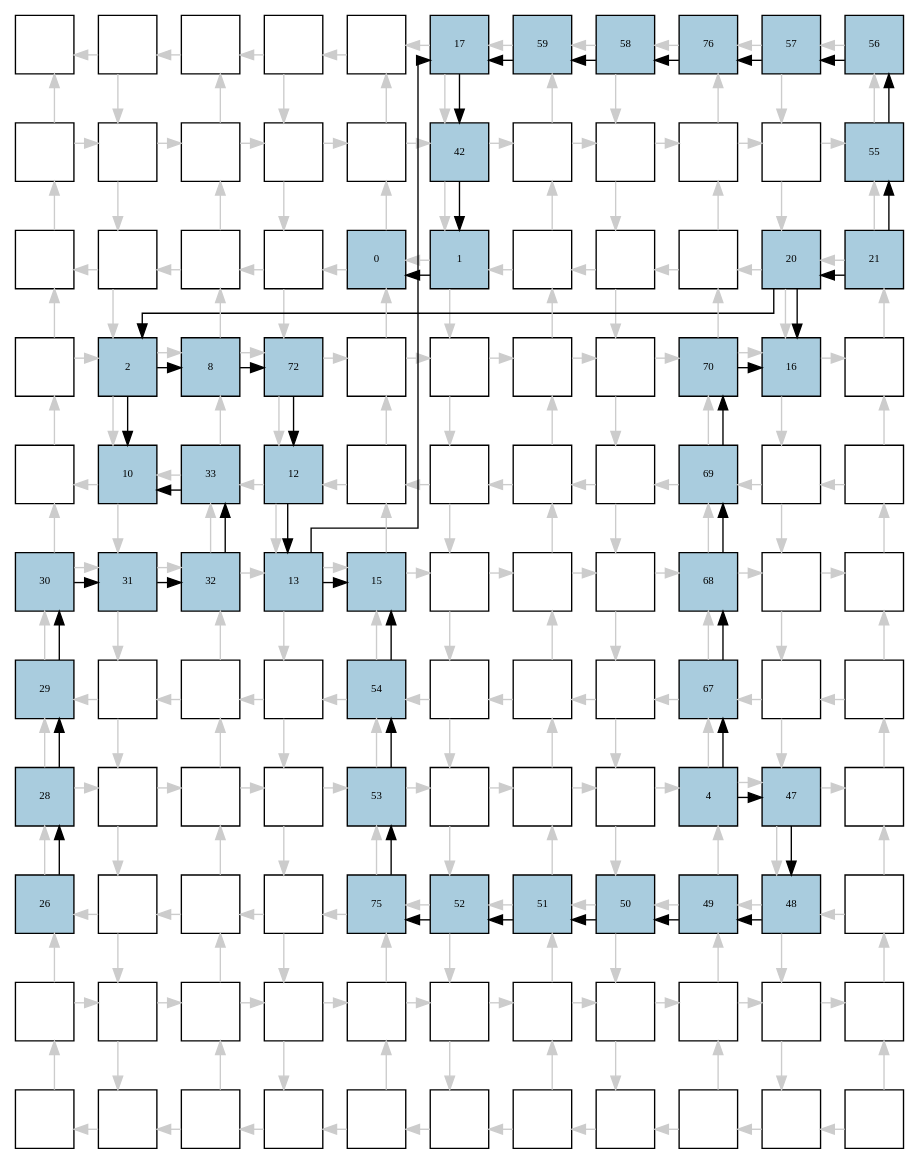
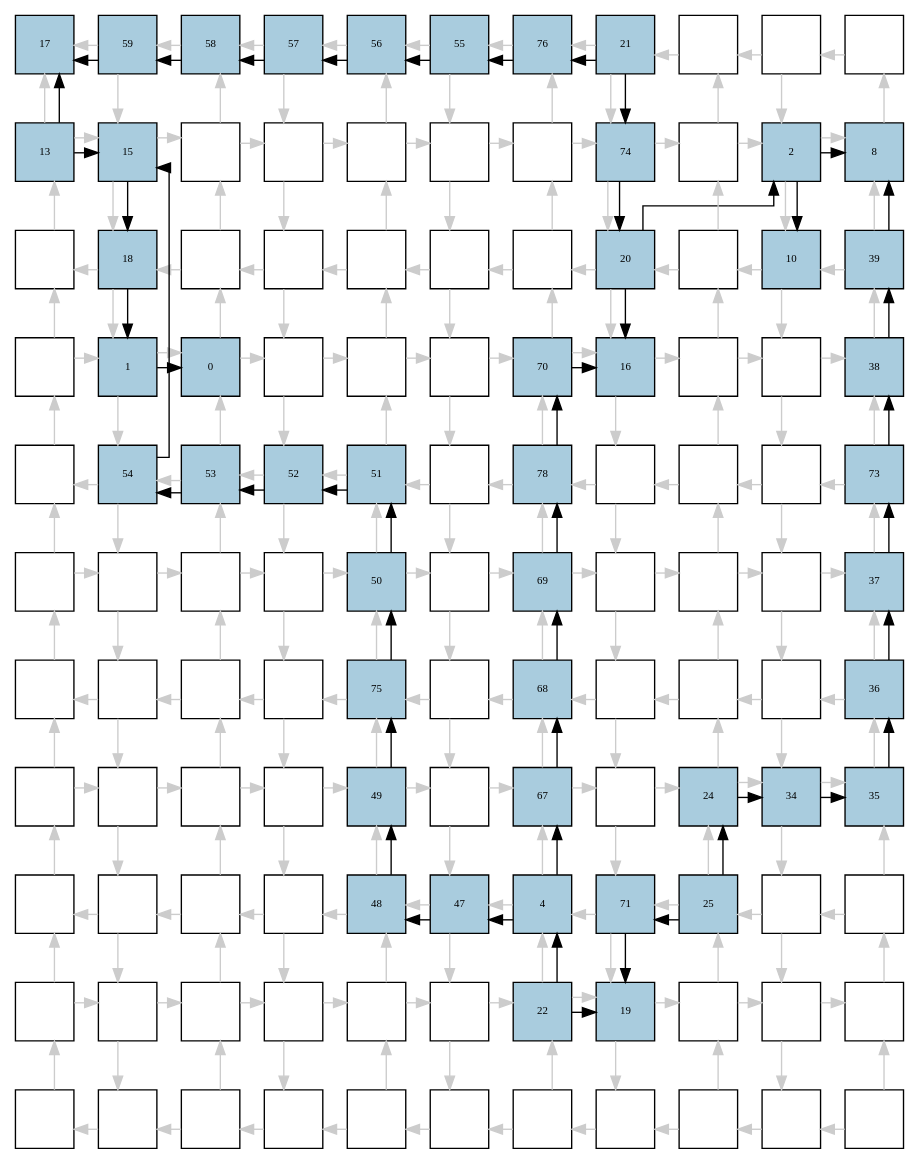
One commit to jeronimopenha/PeR changed the diagram in reports/qca/yott/dot/1bitAdderMaj_inverted_1.dot. Above: the diagram before and after it, drawn with Graphviz. The commit also changed 558 other files, not shown here.

```diff
--- a/reports/qca/yott/dot/1bitAdderMaj_inverted_1.dot
+++ b/reports/qca/yott/dot/1bitAdderMaj_inverted_1.dot
@@ -4,104 +4,104 @@
 splines=ortho; 
 
 node [style=filled shape=square fixedsize=true width=0.6];
-0[label="", fontsize=8, fillcolor="#ffffff"];
-1[label="", fontsize=8, fillcolor="#ffffff"];
-2[label="", fontsize=8, fillcolor="#ffffff"];
-3[label="", fontsize=8, fillcolor="#ffffff"];
-4[label="", fontsize=8, fillcolor="#ffffff"];
-5[label="17", fontsize=8, fillcolor="#a9ccde"];
-6[label="59", fontsize=8, fillcolor="#a9ccde"];
-7[label="58", fontsize=8, fillcolor="#a9ccde"];
-8[label="76", fontsize=8, fillcolor="#a9ccde"];
-9[label="57", fontsize=8, fillcolor="#a9ccde"];
-10[label="56", fontsize=8, fillcolor="#a9ccde"];
-11[label="", fontsize=8, fillcolor="#ffffff"];
-12[label="", fontsize=8, fillcolor="#ffffff"];
+0[label="17", fontsize=8, fillcolor="#a9ccde"];
+1[label="59", fontsize=8, fillcolor="#a9ccde"];
+2[label="58", fontsize=8, fillcolor="#a9ccde"];
+3[label="57", fontsize=8, fillcolor="#a9ccde"];
+4[label="56", fontsize=8, fillcolor="#a9ccde"];
+5[label="55", fontsize=8, fillcolor="#a9ccde"];
+6[label="76", fontsize=8, fillcolor="#a9ccde"];
+7[label="21", fontsize=8, fillcolor="#a9ccde"];
+8[label="", fontsize=8, fillcolor="#ffffff"];
+9[label="", fontsize=8, fillcolor="#ffffff"];
+10[label="", fontsize=8, fillcolor="#ffffff"];
+11[label="13", fontsize=8, fillcolor="#a9ccde"];
+12[label="15", fontsize=8, fillcolor="#a9ccde"];
 13[label="", fontsize=8, fillcolor="#ffffff"];
 14[label="", fontsize=8, fillcolor="#ffffff"];
 15[label="", fontsize=8, fillcolor="#ffffff"];
-16[label="42", fontsize=8, fillcolor="#a9ccde"];
+16[label="", fontsize=8, fillcolor="#ffffff"];
 17[label="", fontsize=8, fillcolor="#ffffff"];
-18[label="", fontsize=8, fillcolor="#ffffff"];
+18[label="74", fontsize=8, fillcolor="#a9ccde"];
 19[label="", fontsize=8, fillcolor="#ffffff"];
-20[label="", fontsize=8, fillcolor="#ffffff"];
-21[label="55", fontsize=8, fillcolor="#a9ccde"];
+20[label="2", fontsize=8, fillcolor="#a9ccde"];
+21[label="8", fontsize=8, fillcolor="#a9ccde"];
 22[label="", fontsize=8, fillcolor="#ffffff"];
-23[label="", fontsize=8, fillcolor="#ffffff"];
+23[label="18", fontsize=8, fillcolor="#a9ccde"];
 24[label="", fontsize=8, fillcolor="#ffffff"];
 25[label="", fontsize=8, fillcolor="#ffffff"];
-26[label="0", fontsize=8, fillcolor="#a9ccde"];
-27[label="1", fontsize=8, fillcolor="#a9ccde"];
+26[label="", fontsize=8, fillcolor="#ffffff"];
+27[label="", fontsize=8, fillcolor="#ffffff"];
 28[label="", fontsize=8, fillcolor="#ffffff"];
-29[label="", fontsize=8, fillcolor="#ffffff"];
+29[label="20", fontsize=8, fillcolor="#a9ccde"];
 30[label="", fontsize=8, fillcolor="#ffffff"];
-31[label="20", fontsize=8, fillcolor="#a9ccde"];
-32[label="21", fontsize=8, fillcolor="#a9ccde"];
+31[label="10", fontsize=8, fillcolor="#a9ccde"];
+32[label="39", fontsize=8, fillcolor="#a9ccde"];
 33[label="", fontsize=8, fillcolor="#ffffff"];
-34[label="2", fontsize=8, fillcolor="#a9ccde"];
-35[label="8", fontsize=8, fillcolor="#a9ccde"];
-36[label="72", fontsize=8, fillcolor="#a9ccde"];
+34[label="1", fontsize=8, fillcolor="#a9ccde"];
+35[label="0", fontsize=8, fillcolor="#a9ccde"];
+36[label="", fontsize=8, fillcolor="#ffffff"];
 37[label="", fontsize=8, fillcolor="#ffffff"];
 38[label="", fontsize=8, fillcolor="#ffffff"];
-39[label="", fontsize=8, fillcolor="#ffffff"];
-40[label="", fontsize=8, fillcolor="#ffffff"];
-41[label="70", fontsize=8, fillcolor="#a9ccde"];
-42[label="16", fontsize=8, fillcolor="#a9ccde"];
-43[label="", fontsize=8, fillcolor="#ffffff"];
+39[label="70", fontsize=8, fillcolor="#a9ccde"];
+40[label="16", fontsize=8, fillcolor="#a9ccde"];
+41[label="", fontsize=8, fillcolor="#ffffff"];
+42[label="", fontsize=8, fillcolor="#ffffff"];
+43[label="38", fontsize=8, fillcolor="#a9ccde"];
 44[label="", fontsize=8, fillcolor="#ffffff"];
-45[label="10", fontsize=8, fillcolor="#a9ccde"];
-46[label="33", fontsize=8, fillcolor="#a9ccde"];
-47[label="12", fontsize=8, fillcolor="#a9ccde"];
-48[label="", fontsize=8, fillcolor="#ffffff"];
+45[label="54", fontsize=8, fillcolor="#a9ccde"];
+46[label="53", fontsize=8, fillcolor="#a9ccde"];
+47[label="52", fontsize=8, fillcolor="#a9ccde"];
+48[label="51", fontsize=8, fillcolor="#a9ccde"];
 49[label="", fontsize=8, fillcolor="#ffffff"];
-50[label="", fontsize=8, fillcolor="#ffffff"];
+50[label="78", fontsize=8, fillcolor="#a9ccde"];
 51[label="", fontsize=8, fillcolor="#ffffff"];
-52[label="69", fontsize=8, fillcolor="#a9ccde"];
+52[label="", fontsize=8, fillcolor="#ffffff"];
 53[label="", fontsize=8, fillcolor="#ffffff"];
-54[label="", fontsize=8, fillcolor="#ffffff"];
-55[label="30", fontsize=8, fillcolor="#a9ccde"];
-56[label="31", fontsize=8, fillcolor="#a9ccde"];
-57[label="32", fontsize=8, fillcolor="#a9ccde"];
-58[label="13", fontsize=8, fillcolor="#a9ccde"];
-59[label="15", fontsize=8, fillcolor="#a9ccde"];
+54[label="73", fontsize=8, fillcolor="#a9ccde"];
+55[label="", fontsize=8, fillcolor="#ffffff"];
+56[label="", fontsize=8, fillcolor="#ffffff"];
+57[label="", fontsize=8, fillcolor="#ffffff"];
+58[label="", fontsize=8, fillcolor="#ffffff"];
+59[label="50", fontsize=8, fillcolor="#a9ccde"];
 60[label="", fontsize=8, fillcolor="#ffffff"];
-61[label="", fontsize=8, fillcolor="#ffffff"];
+61[label="69", fontsize=8, fillcolor="#a9ccde"];
 62[label="", fontsize=8, fillcolor="#ffffff"];
-63[label="68", fontsize=8, fillcolor="#a9ccde"];
+63[label="", fontsize=8, fillcolor="#ffffff"];
 64[label="", fontsize=8, fillcolor="#ffffff"];
-65[label="", fontsize=8, fillcolor="#ffffff"];
-66[label="29", fontsize=8, fillcolor="#a9ccde"];
+65[label="37", fontsize=8, fillcolor="#a9ccde"];
+66[label="", fontsize=8, fillcolor="#ffffff"];
 67[label="", fontsize=8, fillcolor="#ffffff"];
 68[label="", fontsize=8, fillcolor="#ffffff"];
 69[label="", fontsize=8, fillcolor="#ffffff"];
-70[label="54", fontsize=8, fillcolor="#a9ccde"];
+70[label="75", fontsize=8, fillcolor="#a9ccde"];
 71[label="", fontsize=8, fillcolor="#ffffff"];
-72[label="", fontsize=8, fillcolor="#ffffff"];
+72[label="68", fontsize=8, fillcolor="#a9ccde"];
 73[label="", fontsize=8, fillcolor="#ffffff"];
-74[label="67", fontsize=8, fillcolor="#a9ccde"];
+74[label="", fontsize=8, fillcolor="#ffffff"];
 75[label="", fontsize=8, fillcolor="#ffffff"];
-76[label="", fontsize=8, fillcolor="#ffffff"];
-77[label="28", fontsize=8, fillcolor="#a9ccde"];
+76[label="36", fontsize=8, fillcolor="#a9ccde"];
+77[label="", fontsize=8, fillcolor="#ffffff"];
 78[label="", fontsize=8, fillcolor="#ffffff"];
 79[label="", fontsize=8, fillcolor="#ffffff"];
 80[label="", fontsize=8, fillcolor="#ffffff"];
-81[label="53", fontsize=8, fillcolor="#a9ccde"];
+81[label="49", fontsize=8, fillcolor="#a9ccde"];
 82[label="", fontsize=8, fillcolor="#ffffff"];
-83[label="", fontsize=8, fillcolor="#ffffff"];
+83[label="67", fontsize=8, fillcolor="#a9ccde"];
 84[label="", fontsize=8, fillcolor="#ffffff"];
-85[label="4", fontsize=8, fillcolor="#a9ccde"];
-86[label="47", fontsize=8, fillcolor="#a9ccde"];
-87[label="", fontsize=8, fillcolor="#ffffff"];
-88[label="26", fontsize=8, fillcolor="#a9ccde"];
+85[label="24", fontsize=8, fillcolor="#a9ccde"];
+86[label="34", fontsize=8, fillcolor="#a9ccde"];
+87[label="35", fontsize=8, fillcolor="#a9ccde"];
+88[label="", fontsize=8, fillcolor="#ffffff"];
 89[label="", fontsize=8, fillcolor="#ffffff"];
 90[label="", fontsize=8, fillcolor="#ffffff"];
 91[label="", fontsize=8, fillcolor="#ffffff"];
-92[label="75", fontsize=8, fillcolor="#a9ccde"];
-93[label="52", fontsize=8, fillcolor="#a9ccde"];
-94[label="51", fontsize=8, fillcolor="#a9ccde"];
-95[label="50", fontsize=8, fillcolor="#a9ccde"];
-96[label="49", fontsize=8, fillcolor="#a9ccde"];
-97[label="48", fontsize=8, fillcolor="#a9ccde"];
+92[label="48", fontsize=8, fillcolor="#a9ccde"];
+93[label="47", fontsize=8, fillcolor="#a9ccde"];
+94[label="4", fontsize=8, fillcolor="#a9ccde"];
+95[label="71", fontsize=8, fillcolor="#a9ccde"];
+96[label="25", fontsize=8, fillcolor="#a9ccde"];
+97[label="", fontsize=8, fillcolor="#ffffff"];
 98[label="", fontsize=8, fillcolor="#ffffff"];
 99[label="", fontsize=8, fillcolor="#ffffff"];
 100[label="", fontsize=8, fillcolor="#ffffff"];
@@ -109,8 +109,8 @@
 102[label="", fontsize=8, fillcolor="#ffffff"];
 103[label="", fontsize=8, fillcolor="#ffffff"];
 104[label="", fontsize=8, fillcolor="#ffffff"];
-105[label="", fontsize=8, fillcolor="#ffffff"];
-106[label="", fontsize=8, fillcolor="#ffffff"];
+105[label="22", fontsize=8, fillcolor="#a9ccde"];
+106[label="19", fontsize=8, fillcolor="#a9ccde"];
 107[label="", fontsize=8, fillcolor="#ffffff"];
 108[label="", fontsize=8, fillcolor="#ffffff"];
 109[label="", fontsize=8, fillcolor="#ffffff"];
@@ -346,48 +346,53 @@
 119 -> 118 [color="#cccccc"];
 120 -> 109 [color="#cccccc"];
 120 -> 119 [color="#cccccc"];
-35 -> 36;
-36 -> 47;
-34 -> 45;
-88 -> 77;
-77 -> 66;
-66 -> 55;
-55 -> 56;
-56 -> 57;
-57 -> 46;
-46 -> 45;
-34 -> 35;
-32 -> 31;
-5 -> 16;
-16 -> 27;
-58 -> 59;
+96 -> 85;
+20 -> 31;
+20 -> 21;
 85 -> 86;
-86 -> 97;
-97 -> 96;
-96 -> 95;
-95 -> 94;
+86 -> 87;
+87 -> 76;
+76 -> 65;
+65 -> 54;
+54 -> 43;
+43 -> 32;
+32 -> 21;
+7 -> 18;
+18 -> 29;
+23 -> 34;
+12 -> 23;
+11 -> 12;
 94 -> 93;
 93 -> 92;
 92 -> 81;
 81 -> 70;
 70 -> 59;
-31 -> 34;
-58 -> 5;
-32 -> 21;
-21 -> 10;
-10 -> 9;
-9 -> 8;
-8 -> 7;
+59 -> 48;
+48 -> 47;
+47 -> 46;
+46 -> 45;
+45 -> 12;
+29 -> 20;
+11 -> 0;
 7 -> 6;
 6 -> 5;
-27 -> 26;
-47 -> 58;
-31 -> 42;
-85 -> 74;
-74 -> 63;
-63 -> 52;
-52 -> 41;
-41 -> 42;
+5 -> 4;
+4 -> 3;
+3 -> 2;
+2 -> 1;
+1 -> 0;
+105 -> 94;
+34 -> 35;
+29 -> 40;
+94 -> 83;
+83 -> 72;
+72 -> 61;
+61 -> 50;
+50 -> 39;
+39 -> 40;
+105 -> 106;
+96 -> 95;
+95 -> 106;
 edge [constraint=true, style=invis];
 0 -> 11 -> 22 -> 33 -> 44 -> 55 -> 66 -> 77 -> 88 -> 99 -> 110;
 1 -> 12 -> 23 -> 34 -> 45 -> 56 -> 67 -> 78 -> 89 -> 100 -> 111;
```
